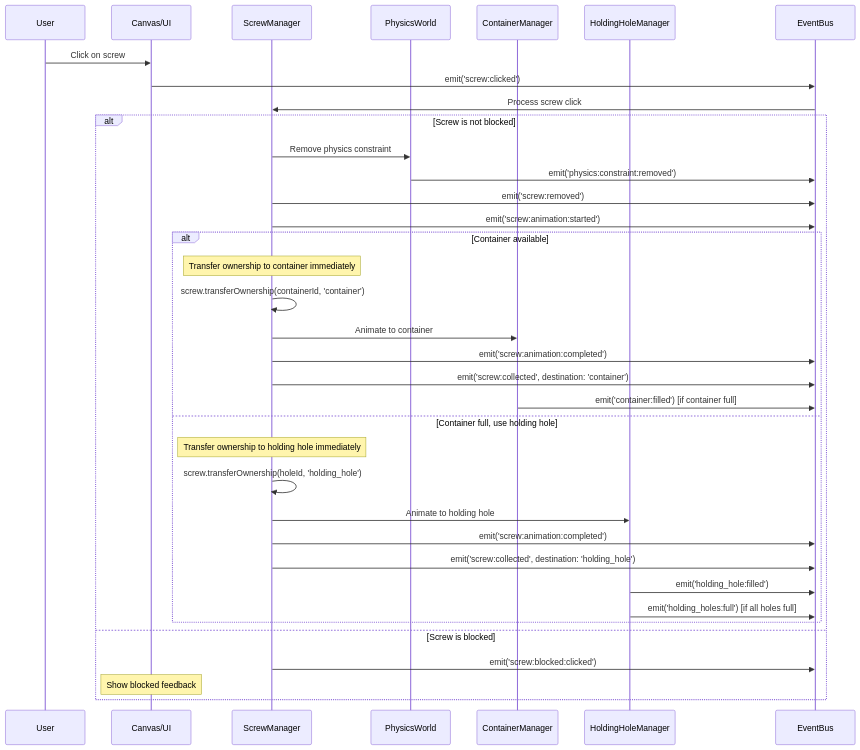
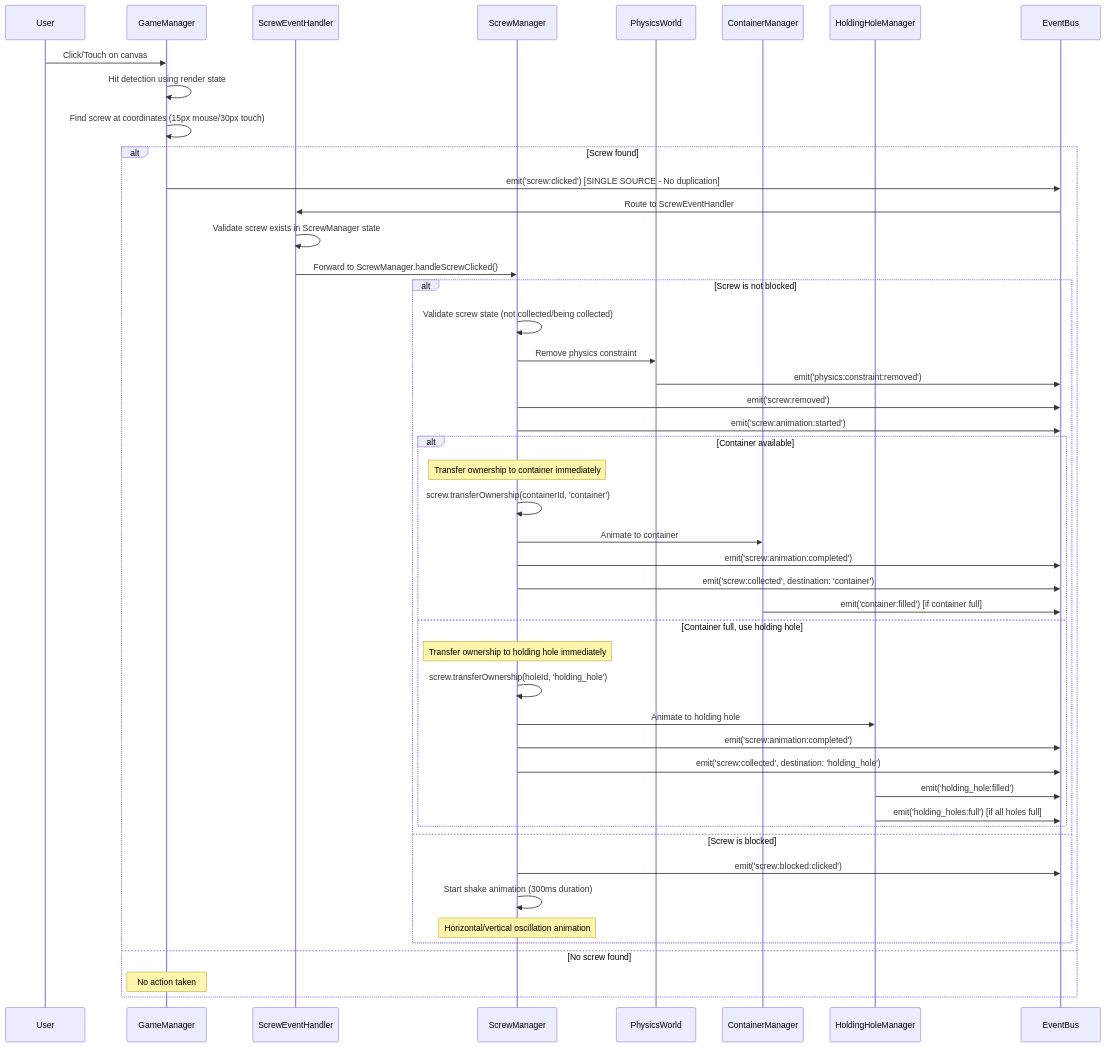
The first of 6 diagrams in docs/game_event_flows.md (paulrobello/par-shape-2d), drawn with Mermaid before and after one commit. The commit also changed other lines of this file and 1 other file, not shown here.

Commit message:
docs: update architecture and event flow documentation for single-source input handling
- Updated game_architecture.md with comprehensive input handling section
- Added detailed GameManager input processing responsibilities
- Updated screw removal flow diagrams to show single-source pattern
- Documented historical issue resolution and benefits of current approach
- Updated game_event_flows.md with input handling event architecture
- Added section explaining single-source input pattern implementation
- Updated event flow diagrams to reflect GameManager as exclusive input handler
- Added GameManager to event emitters table with screw:clicked responsibility
- Documented cross-platform input support and debug features

These documentation updates reflect the fix for duplicate click events that was
causing animation issues with non-responsive screws.

````diff
--- a/docs/game_event_flows.md
+++ b/docs/game_event_flows.md
@@ -129,41 +165,53 @@
 ```mermaid
 sequenceDiagram
     participant User
-    participant UI as Canvas/UI
+    participant GM as GameManager
+    participant SEH as ScrewEventHandler
     participant SM as ScrewManager
     participant PM as PhysicsWorld
     participant CM as ContainerManager
     participant HM as HoldingHoleManager
     participant EB as EventBus
 
-    User->>UI: Click on screw
-    UI->>EB: emit('screw:clicked')
-    EB->>SM: Process screw click
+    User->>GM: Click/Touch on canvas
+    GM->>GM: Hit detection using render state
+    GM->>GM: Find screw at coordinates (15px mouse/30px touch)
     
-    alt Screw is not blocked
-        SM->>PM: Remove physics constraint
-        PM->>EB: emit('physics:constraint:removed')
-        SM->>EB: emit('screw:removed')
-        SM->>EB: emit('screw:animation:started')
+    alt Screw found
+        GM->>EB: emit('screw:clicked') [SINGLE SOURCE - No duplication]
+        EB->>SEH: Route to ScrewEventHandler
+        SEH->>SEH: Validate screw exists in ScrewManager state
+        SEH->>SM: Forward to ScrewManager.handleScrewClicked()
         
-        alt Container available
-            Note over SM: Transfer ownership to container immediately
-            SM->>SM: screw.transferOwnership(containerId, 'container')
-            SM->>CM: Animate to container
-            SM->>EB: emit('screw:animation:completed')
-            SM->>EB: emit('screw:collected', destination: 'container')
-            CM->>EB: emit('container:filled') [if container full]
-        else Container full, use holding hole
-            Note over SM: Transfer ownership to holding hole immediately
-            SM->>SM: screw.transferOwnership(holeId, 'holding_hole')
-            SM->>HM: Animate to holding hole
-            SM->>EB: emit('screw:animation:completed')
-            SM->>EB: emit('screw:collected', destination: 'holding_hole')
-            HM->>EB: emit('holding_hole:filled')
-            HM->>EB: emit('holding_holes:full') [if all holes full]
+        alt Screw is not blocked
+            SM->>SM: Validate screw state (not collected/being collected)
+            SM->>PM: Remove physics constraint
+            PM->>EB: emit('physics:constraint:removed')
+            SM->>EB: emit('screw:removed')
+            SM->>EB: emit('screw:animation:started')
+            
+            alt Container available
+                Note over SM: Transfer ownership to container immediately
+                SM->>SM: screw.transferOwnership(containerId, 'container')
+                SM->>CM: Animate to container
+                SM->>EB: emit('screw:animation:completed')
+                SM->>EB: emit('screw:collected', destination: 'container')
+                CM->>EB: emit('container:filled') [if container full]
+            else Container full, use holding hole
+                Note over SM: Transfer ownership to holding hole immediately
+                SM->>SM: screw.transferOwnership(holeId, 'holding_hole')
+                SM->>HM: Animate to holding hole
+                SM->>EB: emit('screw:animation:completed')
+                SM->>EB: emit('screw:collected', destination: 'holding_hole')
+                HM->>EB: emit('holding_hole:filled')
+                HM->>EB: emit('holding_holes:full') [if all holes full]
+            end
+        else Screw is blocked
+            SM->>EB: emit('screw:blocked:clicked')
+            SM->>SM: Start shake animation (300ms duration)
+            Note over SM: Horizontal/vertical oscillation animation
         end
-    else Screw is blocked
-        SM->>EB: emit('screw:blocked:clicked')
-        Note over UI: Show blocked feedback
+    else No screw found
+        Note over GM: No action taken
     end
 ```
````
